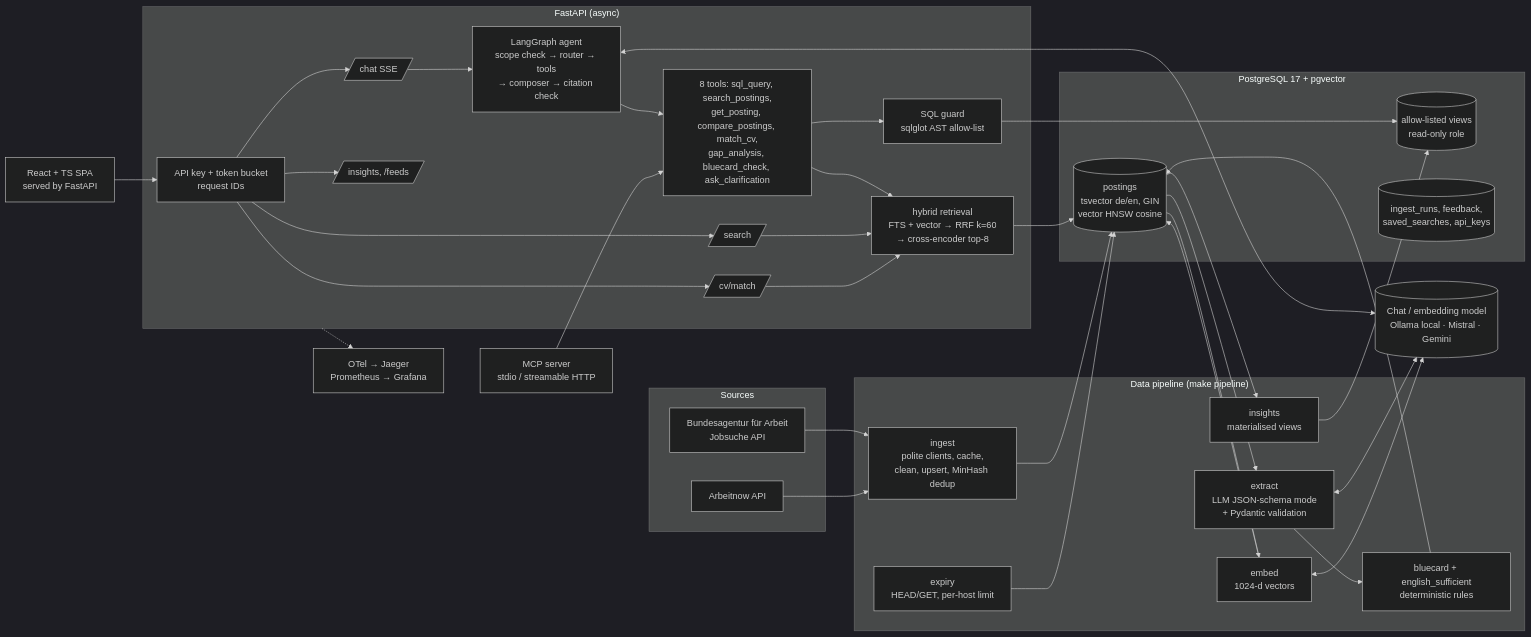
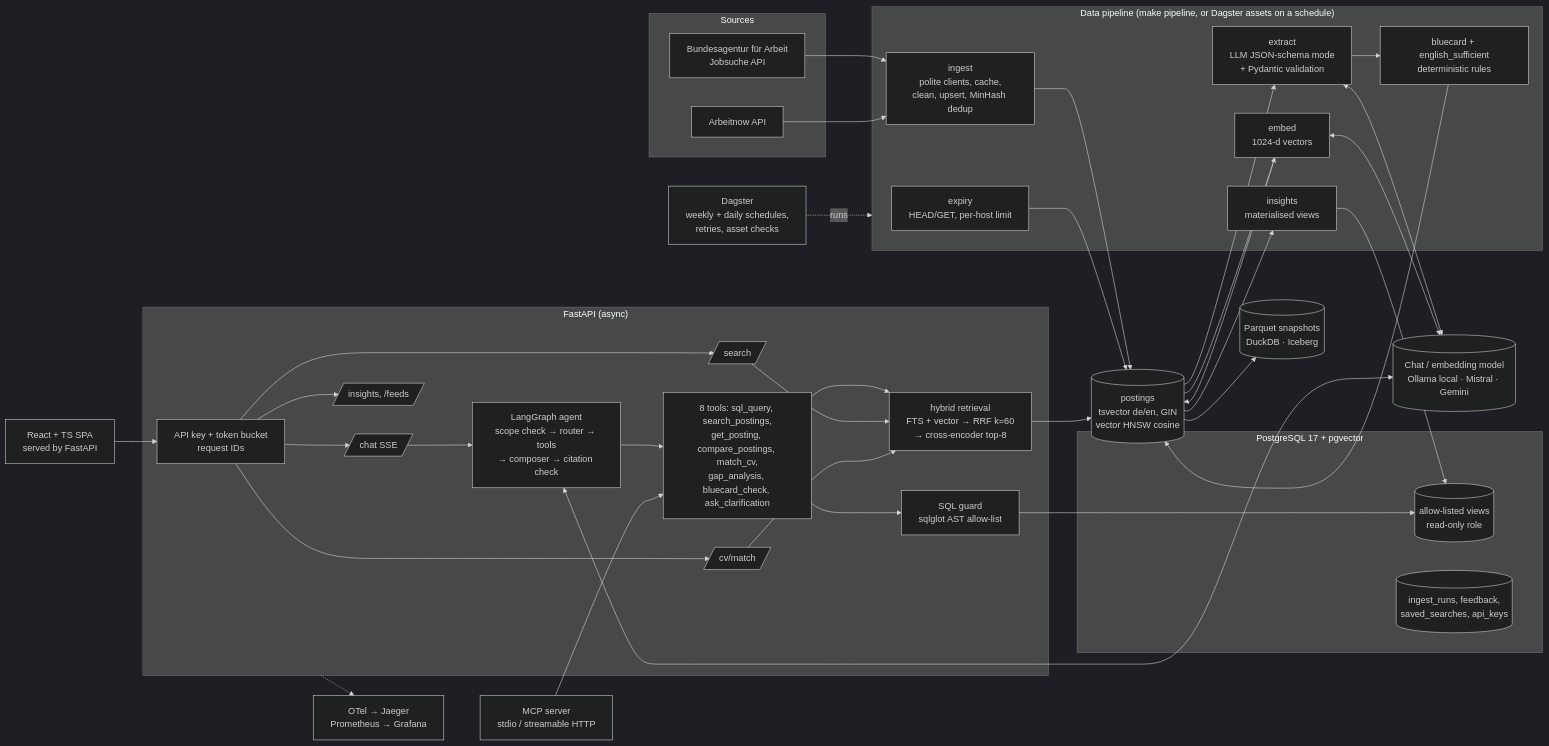
Before and after one commit to srghosh56/jobscout: the diagram in docs/ARCHITECTURE.md, drawn with Mermaid (dark theme). The commit also changed other lines of this file and 3 other files, not shown here.

First line of the commit message:
docs: describe the Dagster pipeline and the recorded runs

````diff
--- a/docs/ARCHITECTURE.md
+++ b/docs/ARCHITECTURE.md
@@ -3,54 +3,58 @@
 ```mermaid
 flowchart LR
   subgraph Sources
     BA[Bundesagentur für Arbeit<br/>Jobsuche API]
     AN[Arbeitnow API]
   end
-  subgraph Pipeline["Data pipeline (make pipeline)"]
+  subgraph Pipeline["Data pipeline (make pipeline, or Dagster assets on a schedule)"]
     ING[ingest<br/>polite clients, cache,<br/>clean, upsert, MinHash dedup]
     EXT[extract<br/>LLM JSON-schema mode<br/>+ Pydantic validation]
     BC[bluecard + english_sufficient<br/>deterministic rules]
     EMB[embed<br/>1024-d vectors]
     INS[insights<br/>materialised views]
     EXP[expiry<br/>HEAD/GET, per-host limit]
   end
   subgraph DB["PostgreSQL 17 + pgvector"]
     P[(postings<br/>tsvector de/en, GIN<br/>vector HNSW cosine)]
     V[(allow-listed views<br/>read-only role)]
     O[(ingest_runs, feedback,<br/>saved_searches, api_keys)]
   end
   subgraph API["FastAPI (async)"]
     AUTH[API key + token bucket<br/>request IDs]
     SR[/search/]
     CH[/chat SSE/]
     CV[/cv/match/]
     IN[/insights, /feeds/]
     AG[LangGraph agent<br/>scope check → router → tools<br/>→ composer → citation check]
     TOOLS[8 tools: sql_query, search_postings,<br/>get_posting, compare_postings, match_cv,<br/>gap_analysis, bluecard_check, ask_clarification]
     HY[hybrid retrieval<br/>FTS + vector → RRF k=60<br/>→ cross-encoder top-8]
     G[SQL guard<br/>sqlglot AST allow-list]
   end
+  DAG[Dagster<br/>weekly + daily schedules,<br/>retries, asset checks]
+  SNAP[(Parquet snapshots<br/>DuckDB · Iceberg)]
   WEB[React + TS SPA<br/>served by FastAPI]
   MCP[MCP server<br/>stdio / streamable HTTP]
   LLM[(Chat / embedding model<br/>Ollama local · Mistral · Gemini)]
   OBS[OTel → Jaeger<br/>Prometheus → Grafana]
 
   BA --> ING
   AN --> ING
   ING --> P
   P --> EXT --> BC --> P
   P --> EMB --> P
   P --> INS --> V
   EXP --> P
+  DAG -.runs.-> Pipeline
+  P --> SNAP
   WEB --> AUTH --> SR & CH & CV & IN
   CH --> AG --> TOOLS
   TOOLS --> HY --> P
   TOOLS --> G --> V
   SR --> HY
   CV --> HY
   AG <--> LLM
   EXT <--> LLM
   EMB <--> LLM
   MCP --> TOOLS
   API -.-> OBS
 ```
````
